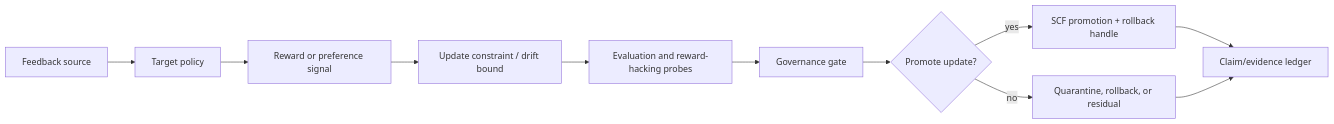
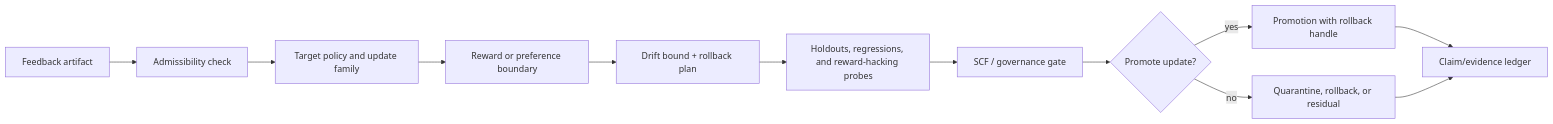
Before and after one commit to corbensorenson/asi-stack-book: the first of 2 diagrams in chapters/policy-optimization-and-learning-from-feedback.qmd, drawn with Mermaid. The commit also changed other lines of this file and 39 other files, not shown here.

````diff
--- a/chapters/policy-optimization-and-learning-from-feedback.qmd
+++ b/chapters/policy-optimization-and-learning-from-feedback.qmd
@@ -77,13 +77,14 @@
 ```{mermaid}
 flowchart LR
-  A["Feedback source"] --> B["Target policy"]
-  B --> C["Reward or preference signal"]
-  C --> D["Update constraint / drift bound"]
-  D --> E["Evaluation and reward-hacking probes"]
-  E --> F["Governance gate"]
-  F --> G{"Promote update?"}
-  G -- "yes" --> H["SCF promotion + rollback handle"]
-  G -- "no" --> I["Quarantine, rollback, or residual"]
-  H --> J["Claim/evidence ledger"]
-  I --> J
+  A["Feedback artifact"] --> B["Admissibility check"]
+  B --> C["Target policy and update family"]
+  C --> D["Reward or preference boundary"]
+  D --> E["Drift bound + rollback plan"]
+  E --> F["Holdouts, regressions, and reward-hacking probes"]
+  F --> G["SCF / governance gate"]
+  G --> H{"Promote update?"}
+  H -- "yes" --> I["Promotion with rollback handle"]
+  H -- "no" --> J["Quarantine, rollback, or residual"]
+  I --> K["Claim/evidence ledger"]
+  J --> K
 ```
````
